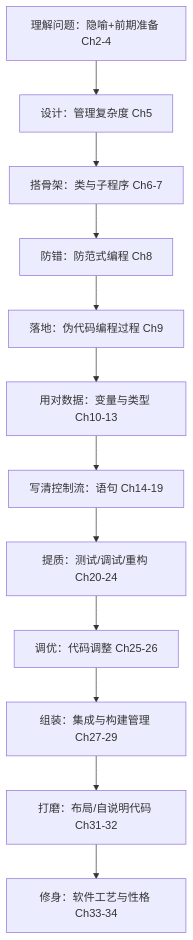
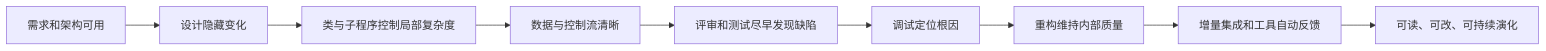
Before and after one commit to Cunyanger/Cunyanger.github.io: the first of 2 diagrams in src/books/software/代码大全.md, drawn with Mermaid. The commit also changed other lines of this file and 3 other files, not shown here.

````diff
--- a/src/books/software/代码大全.md
+++ b/src/books/software/代码大全.md
@@ -97,14 +59,11 @@
 ```mermaid
-flowchart TD
-    A[理解问题：隐喻+前期准备 Ch2-4] --> B[设计：管理复杂度 Ch5]
-    B --> C[搭骨架：类与子程序 Ch6-7]
-    C --> D[防错：防范式编程 Ch8]
-    D --> E[落地：伪代码编程过程 Ch9]
-    E --> F[用对数据：变量与类型 Ch10-13]
-    F --> G[写清控制流：语句 Ch14-19]
-    G --> H[提质：测试/调试/重构 Ch20-24]
-    H --> I[调优：代码调整 Ch25-26]
-    I --> J[组装：集成与构建管理 Ch27-29]
-    J --> K[打磨：布局/自说明代码 Ch31-32]
-    K --> L[修身：软件工艺与性格 Ch33-34]
+flowchart LR
+    A[需求和架构可用] --> B[设计隐藏变化]
+    B --> C[类与子程序控制局部复杂度]
+    C --> D[数据与控制流清晰]
+    D --> E[评审和测试尽早发现缺陷]
+    E --> F[调试定位根因]
+    F --> G[重构维持内部质量]
+    G --> H[增量集成和工具自动反馈]
+    H --> I[可读、可改、可持续演化]
 ```
````
